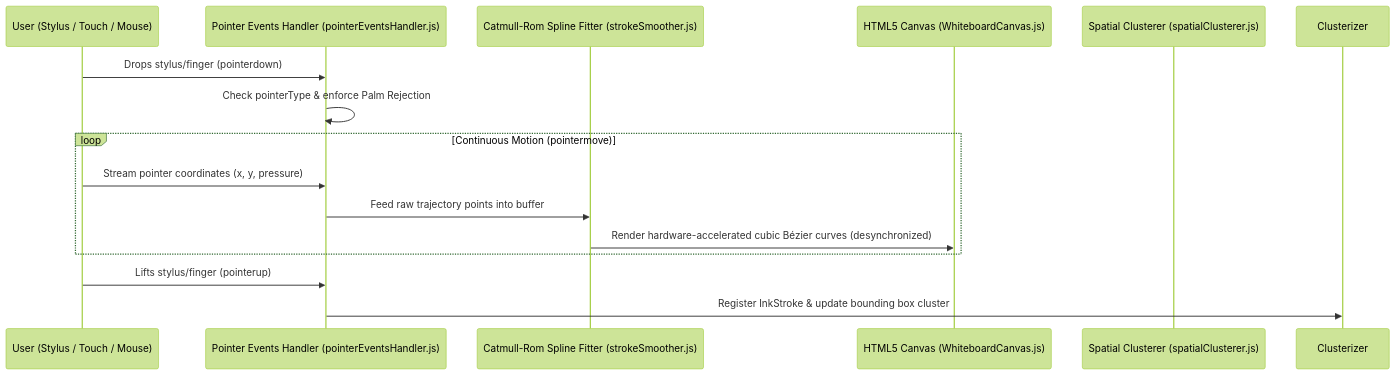
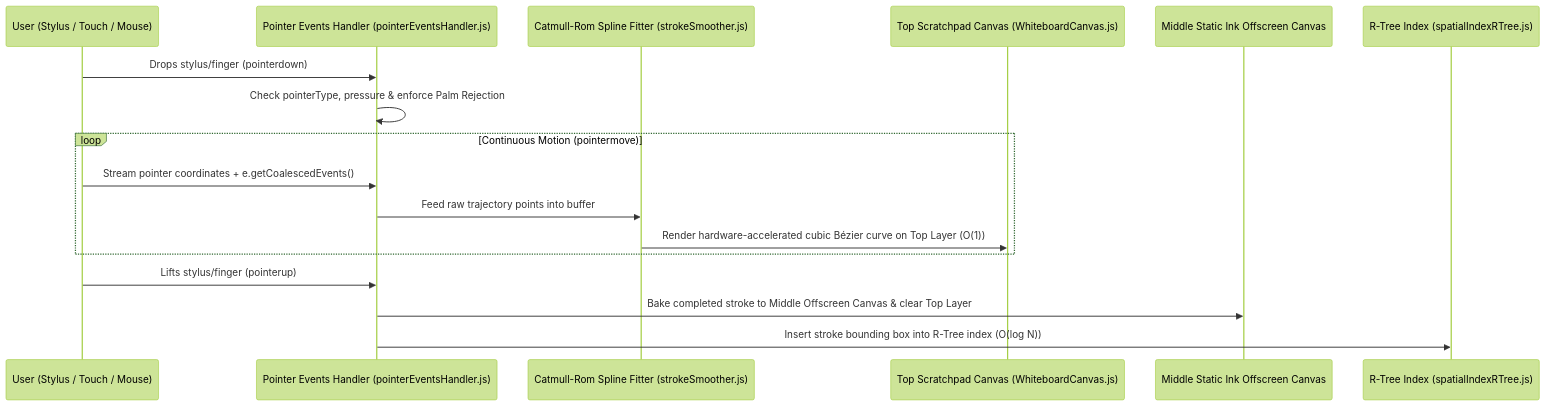
Before and after one commit to sulaimankhan8/netz: the first of 2 diagrams in PLAYGROUND_FEATURE_TECH_SPEC.md, drawn with Mermaid (forest theme). The commit also changed other lines of this file and 36 other files, not shown here.

Commit message:
1.04.010:feat: implement primary playground feature with ink-to-block conversion, handwriting OCR, and interactive math canvas components

````diff
--- a/PLAYGROUND_FEATURE_TECH_SPEC.md
+++ b/PLAYGROUND_FEATURE_TECH_SPEC.md
@@ -148,18 +152,20 @@
 ```mermaid
 sequenceDiagram
     participant User as User (Stylus / Touch / Mouse)
     participant PointerAPI as Pointer Events Handler (pointerEventsHandler.js)
     participant Smoother as Catmull-Rom Spline Fitter (strokeSmoother.js)
-    participant Canvas as HTML5 Canvas (WhiteboardCanvas.js)
-    participant Clusterer as Spatial Clusterer (spatialClusterer.js)
+    participant ScratchCanvas as Top Scratchpad Canvas (WhiteboardCanvas.js)
+    participant StaticCanvas as Middle Static Ink Offscreen Canvas
+    participant SpatialIndex as R-Tree Index (spatialIndexRTree.js)
 
     User->>PointerAPI: Drops stylus/finger (pointerdown)
-    PointerAPI->>PointerAPI: Check pointerType & enforce Palm Rejection
+    PointerAPI->>PointerAPI: Check pointerType, pressure & enforce Palm Rejection
     loop Continuous Motion (pointermove)
-        User->>PointerAPI: Stream pointer coordinates (x, y, pressure)
+        User->>PointerAPI: Stream pointer coordinates + e.getCoalescedEvents()
         PointerAPI->>Smoother: Feed raw trajectory points into buffer
-        Smoother->>Canvas: Render hardware-accelerated cubic Bézier curves (desynchronized)
+        Smoother->>ScratchCanvas: Render hardware-accelerated cubic Bézier curve on Top Layer (O(1))
     end
     User->>PointerAPI: Lifts stylus/finger (pointerup)
-    PointerAPI->>Clusterizer: Register InkStroke & update bounding box cluster
+    PointerAPI->>StaticCanvas: Bake completed stroke to Middle Offscreen Canvas & clear Top Layer
+    PointerAPI->>SpatialIndex: Insert stroke bounding box into R-Tree index (O(log N))
 ```
````
